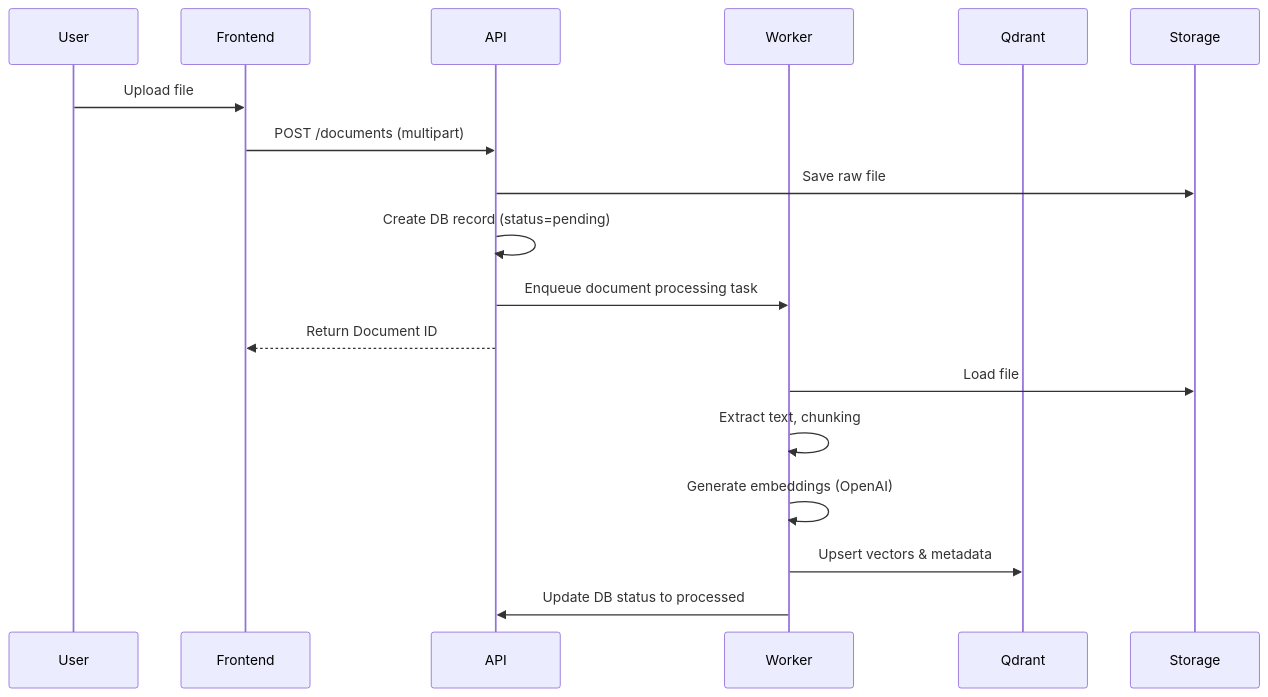
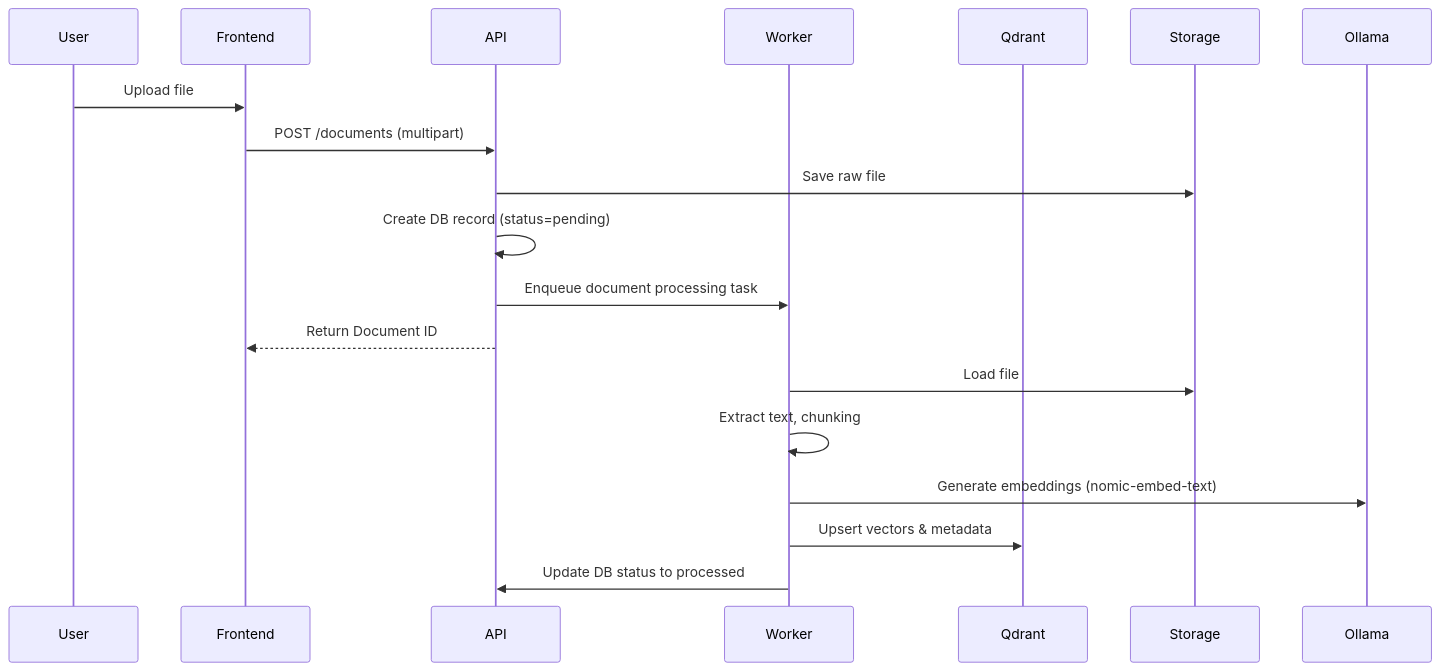
Before and after one commit to thanavreddy/CogniVault: the second of 3 diagrams in docs/sequence-diagrams.md, drawn with Mermaid. The commit also changed 58 other files, not shown here.

````diff
--- a/docs/sequence-diagrams.md
+++ b/docs/sequence-diagrams.md
@@ -42,21 +42,21 @@
 ```mermaid
 sequenceDiagram
     participant User
     participant Frontend
     participant API
     participant Worker
     participant Qdrant
     participant Storage
     
     User->>Frontend: Upload file
     Frontend->>API: POST /documents (multipart)
     API->>Storage: Save raw file
     API->>API: Create DB record (status=pending)
     API->>Worker: Enqueue document processing task
     API-->>Frontend: Return Document ID
     Worker->>Storage: Load file
     Worker->>Worker: Extract text, chunking
-    Worker->>Worker: Generate embeddings (OpenAI)
+    Worker->>Ollama: Generate embeddings (nomic-embed-text)
     Worker->>Qdrant: Upsert vectors & metadata
     Worker->>API: Update DB status to processed
 ```
````
